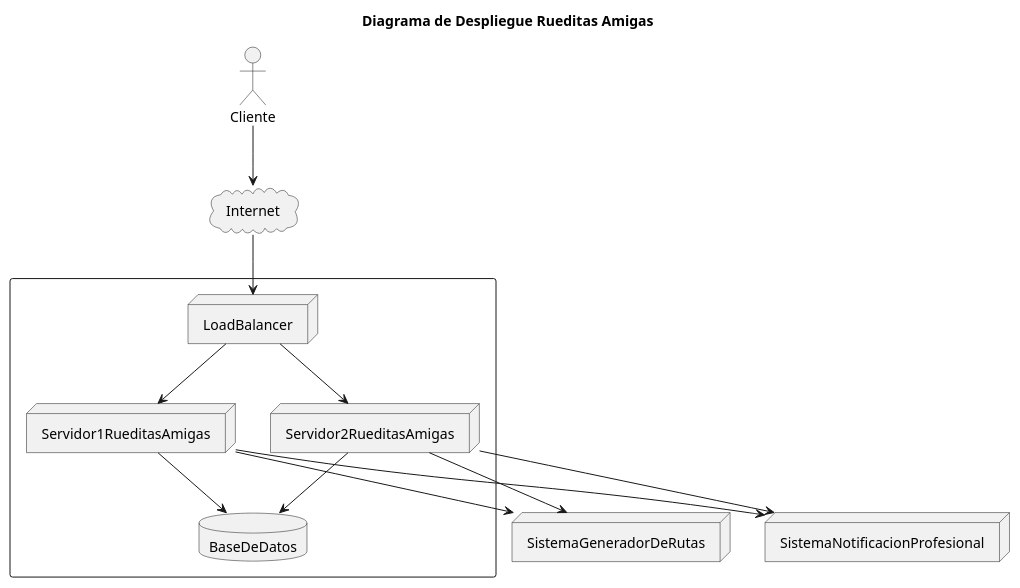
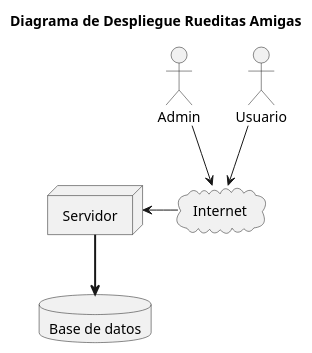
Before and after one commit to lrizzitano/RueditasAmigasDespliegue: the diagram in diagrams/DiagramaDeDespliegue.puml, drawn with PlantUML.

Commit message:
nuevo diagrama de prueba

```diff
--- a/diagrams/DiagramaDeDespliegue.puml
+++ b/diagrams/DiagramaDeDespliegue.puml
@@ -1,31 +1,22 @@
 @startuml
 'https://plantuml.com/deployment-diagram
 
 title Diagrama de Despliegue Rueditas Amigas
 
-node "SistemaGeneradorDeRutas"
-actor "Cliente"
+actor "Admin"
+actor "Usuario"
+
 cloud "Internet"
-node "SistemaNotificacionProfesional"
 
+node "Servidor"
 
-rectangle  {
-node "LoadBalancer"
-node "Servidor1RueditasAmigas"
-node "Servidor2RueditasAmigas"
-database "BaseDeDatos"
-}
+database "Base de datos"
 
-"LoadBalancer" -> "Servidor1RueditasAmigas"
-"LoadBalancer" --> "Servidor2RueditasAmigas"
-"Servidor1RueditasAmigas" --> "BaseDeDatos"
-"Servidor2RueditasAmigas" --> "BaseDeDatos"
-"Servidor1RueditasAmigas" --> "SistemaNotificacionProfesional"
-"Servidor2RueditasAmigas" --> "SistemaNotificacionProfesional"
-"Servidor1RueditasAmigas" --> "SistemaGeneradorDeRutas"
-"Servidor2RueditasAmigas" --> "SistemaGeneradorDeRutas"
-"Cliente" --> "Internet"
-"Internet" --> "LoadBalancer"
+"Usuario" --> "Internet"
+"Admin" --> "Internet"
 
+"Internet" -l-> "Servidor"
+
+"Servidor" -[bold]-> "Base de datos"
 
 @enduml
```
